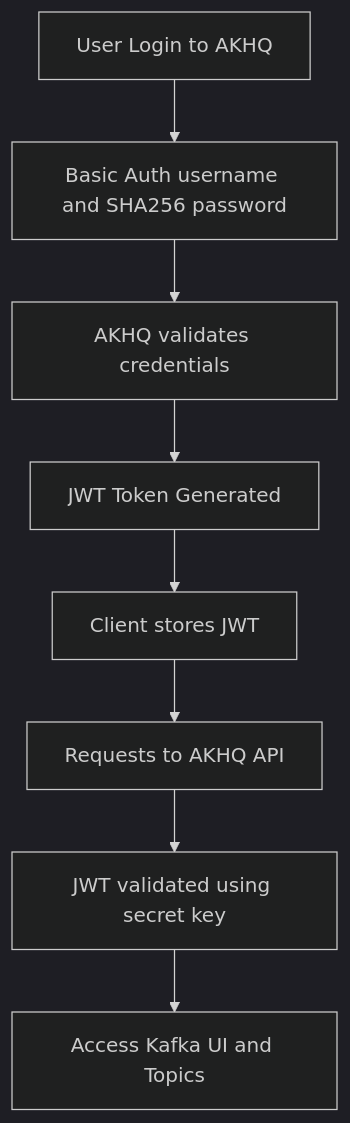
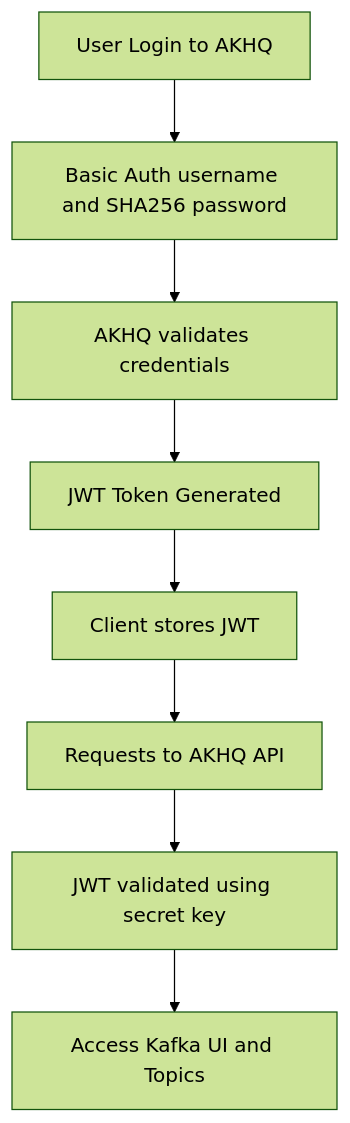
Before and after one commit to vikasswe/kafka-processing-lab: the diagram in jwt-security.md, drawn with Mermaid.

````diff
--- a/jwt-security.md
+++ b/jwt-security.md
@@ -109,11 +109,11 @@
 ```mermaid
-%%{init: {'theme': 'dark'}}%%
+%%{init: {'theme': 'forest'}}%%
 flowchart TD
     A[User Login to AKHQ] --> B[Basic Auth username and SHA256 password]
     B --> C[AKHQ validates credentials]
     C --> D[JWT Token Generated]
     D --> E[Client stores JWT]
     E --> F[Requests to AKHQ API]
     F --> G[JWT validated using secret key]
     G --> H[Access Kafka UI and Topics]
 ```
````
